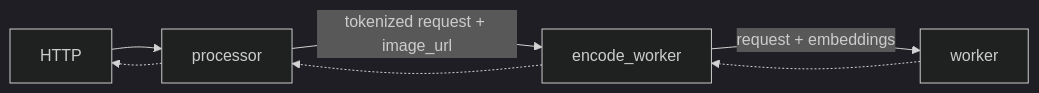
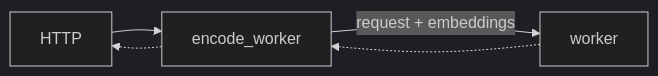
Before and after one commit to hutm/dynamo: the third of 4 diagrams in fern/pages-dev/features/multimodal/multimodal-sglang.md, drawn with Mermaid (dark theme). The commit also changed other lines of this file and 337 other files, not shown here.

````diff
--- a/fern/pages-dev/features/multimodal/multimodal-sglang.md
+++ b/fern/pages-dev/features/multimodal/multimodal-sglang.md
@@ -131,10 +210,8 @@
 ```mermaid
 flowchart LR
-  HTTP --> processor
-  processor --tokenized request + image_url--> encode_worker
+  HTTP --> encode_worker
   encode_worker --request + embeddings--> worker
 
   worker -.-> encode_worker
-  encode_worker -.-> processor
-  processor -.-> HTTP
+  encode_worker -.-> HTTP
 ```
````
